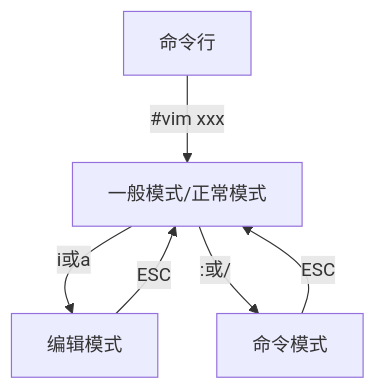
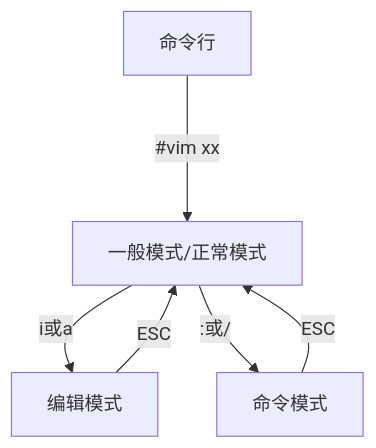
The second of 2 diagrams in docs/bjpowernode/07-互联网生态/01-Linux.md (ZHENG28/ZHENGnotes), drawn with Mermaid before and after one commit. The commit also changed other lines of this file and 3 other files, not shown here.

````diff
--- a/docs/bjpowernode/07-互联网生态/01-Linux.md
+++ b/docs/bjpowernode/07-互联网生态/01-Linux.md
@@ -60,8 +71,6 @@
     ```mermaid
-        graph
-        命令行-- #vim xxx --> norm[一般模式/正常模式]
-        norm -- i或a --> edit[编辑模式]
-        edit -- ESC --> norm
-        norm -- :或/ --> command[命令模式]
-        command -- ESC --> norm
+    graph TD
+    命令行 --#vim xxx--> norm[一般模式/正常模式]
+    norm --i或a--> 编辑模式 --ESC--> norm
+    norm --:或/--> 命令模式 --ESC--> norm
     ```
````
